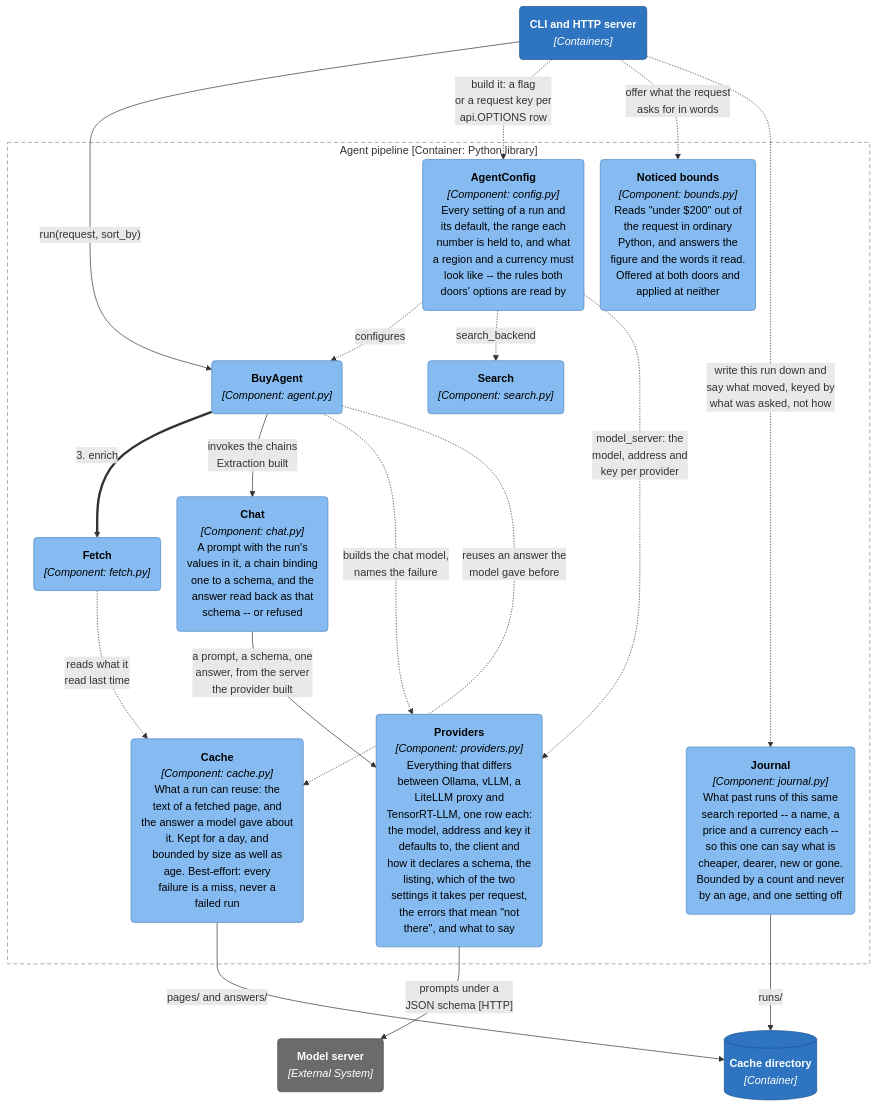
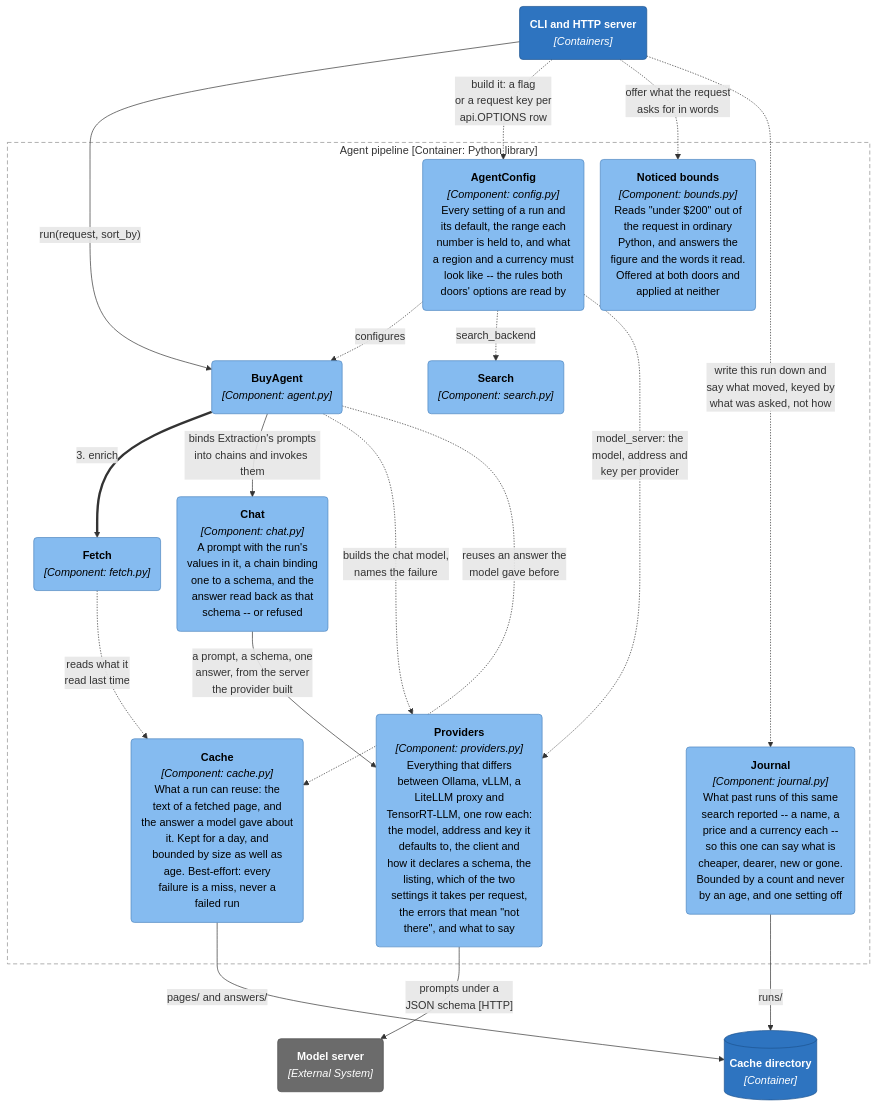
Before and after one commit to adamw7/buy_agent: the sixth of 11 diagrams in docs/architecture.md, drawn with Mermaid. The commit also changed other lines of this file and 5 other files, not shown here.

````diff
--- a/docs/architecture.md
+++ b/docs/architecture.md
@@ -316,52 +316,52 @@
 ```mermaid
 ---
 config:
   flowchart:
     wrappingWidth: 400
     nodeSpacing: 24
     rankSpacing: 50
 ---
 graph TB
     doors("<b>CLI and HTTP server</b><br/><i>[Containers]</i>")
 
     subgraph pipeline["Agent pipeline [Container: Python library]"]
         config("<b>AgentConfig</b><br/><i>[Component: config.py]</i><br/>Every setting of a run and<br/>its default, the range each<br/>number is held to, and what<br/>a region and a currency must<br/>look like -- the rules both<br/>doors' options are read by")
         boundsc("<b>Noticed bounds</b><br/><i>[Component: bounds.py]</i><br/>Reads &quot;under $200&quot; out of<br/>the request in ordinary<br/>Python, and answers the<br/>figure and the words it read.<br/>Offered at both doors and<br/>applied at neither")
         agent("<b>BuyAgent</b><br/><i>[Component: agent.py]</i>")
         search("<b>Search</b><br/><i>[Component: search.py]</i>")
         fetch("<b>Fetch</b><br/><i>[Component: fetch.py]</i>")
         chat("<b>Chat</b><br/><i>[Component: chat.py]</i><br/>A prompt with the run's<br/>values in it, a chain binding<br/>one to a schema, and the<br/>answer read back as that<br/>schema -- or refused")
         journal("<b>Journal</b><br/><i>[Component: journal.py]</i><br/>What past runs of this same<br/>search reported -- a name, a<br/>price and a currency each --<br/>so this one can say what is<br/>cheaper, dearer, new or gone.<br/>Bounded by a count and never<br/>by an age, and one setting off")
         providers("<b>Providers</b><br/><i>[Component: providers.py]</i><br/>Everything that differs<br/>between Ollama, vLLM, a<br/>LiteLLM proxy and<br/>TensorRT-LLM, one row each:<br/>the model, address and key it<br/>defaults to, the client and<br/>how it declares a schema, the<br/>listing, which of the two<br/>settings it takes per request,<br/>the errors that mean &quot;not<br/>there&quot;, and what to say")
         cache("<b>Cache</b><br/><i>[Component: cache.py]</i><br/>What a run can reuse: the<br/>text of a fetched page, and<br/>the answer a model gave about<br/>it. Kept for a day, and<br/>bounded by size as well as<br/>age. Best-effort: every<br/>failure is a miss, never a<br/>failed run")
     end
 
     ollama("<b>Model server</b><br/><i>[External System]</i>")
     store[("<b>Cache directory</b><br/><i>[Container]</i>")]
 
     doors -->|"run(request, sort_by)"| agent
     doors -.->|"build it: a flag<br/>or a request key per<br/>api.OPTIONS row"| config
     doors -.->|"offer what the request<br/>asks for in words"| boundsc
     doors -.->|"write this run down and<br/>say what moved, keyed by<br/>what was asked, not how"| journal
     config -.->|"configures"| agent
     config -.->|"search_backend"| search
     config -.->|"model_server: the<br/>model, address and<br/>key per provider"| providers
     agent ==>|"3. enrich"| fetch
-    agent -->|"invokes the chains<br/>Extraction built"| chat
+    agent -->|"binds Extraction's prompts<br/>into chains and invokes them"| chat
     agent -.->|"builds the chat model,<br/>names the failure"| providers
     agent -.->|"reuses an answer the<br/>model gave before"| cache
     chat -->|"a prompt, a schema, one<br/>answer, from the server<br/>the provider built"| providers
     fetch -.->|"reads what it<br/>read last time"| cache
     providers -->|"prompts under a<br/>JSON schema [HTTP]"| ollama
     cache -->|"pages/ and answers/"| store
     journal -->|"runs/"| store
 
     classDef person fill:#08427b,stroke:#052e56,color:#fff
     classDef container fill:#2e74c0,stroke:#1d5390,color:#fff
     classDef component fill:#85bbf0,stroke:#4f86c0,color:#000
     classDef external fill:#6b6b6b,stroke:#4d4d4d,color:#fff
     class doors,store container
     class config,boundsc,agent,search,fetch,chat,journal,providers,cache component
     class ollama external
     style pipeline fill:none,stroke:#8c8c8c,stroke-width:1px,stroke-dasharray:6 4
 ```
````
